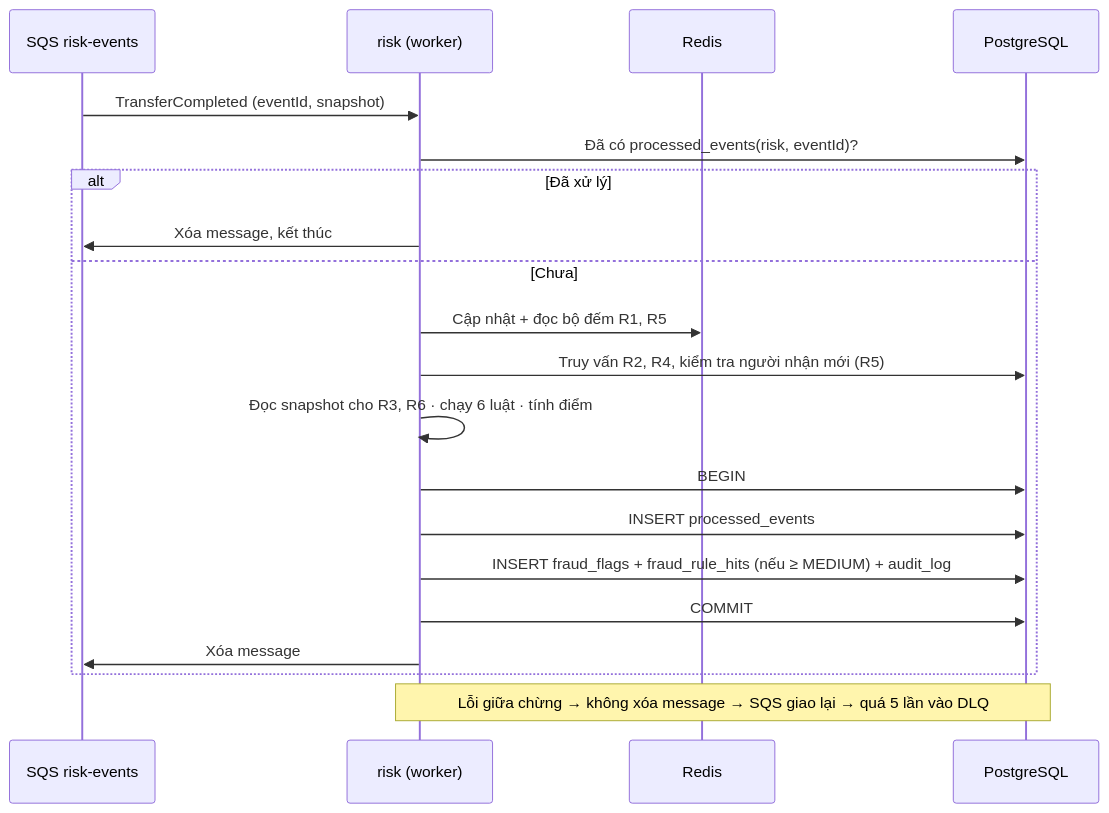
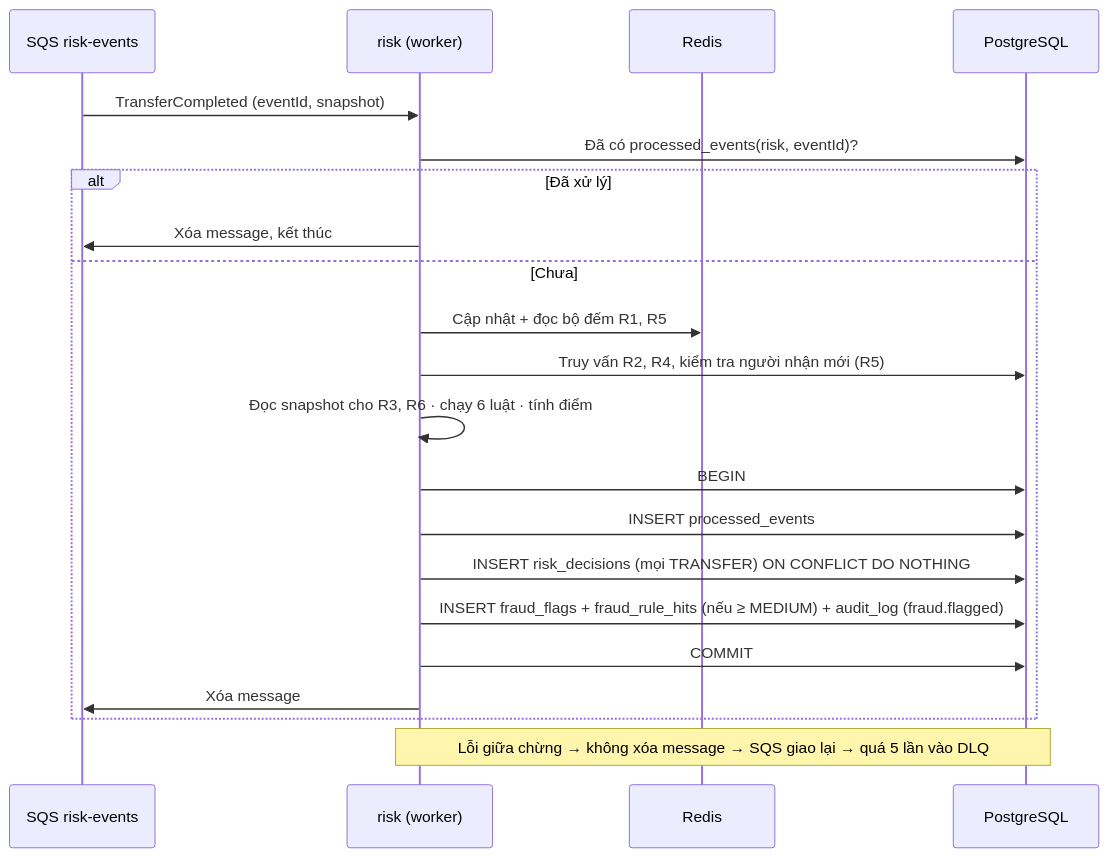
One commit to Lawliet119/digital-banking-simulator changed the third of 4 diagrams in docs/components/risk/FRAUD_DETECTION_GUIDE.md. Above: the diagram before and after it, drawn with Mermaid. The commit also changed other lines of this file and 12 other files, not shown here.

````diff
--- a/docs/components/risk/FRAUD_DETECTION_GUIDE.md
+++ b/docs/components/risk/FRAUD_DETECTION_GUIDE.md
@@ -291,23 +291,24 @@
 ```mermaid
 sequenceDiagram
     participant Q as SQS risk-events
     participant W as risk (worker)
     participant R as Redis
     participant DB as PostgreSQL
 
     Q->>W: TransferCompleted (eventId, snapshot)
     W->>DB: Đã có processed_events(risk, eventId)?
     alt Đã xử lý
         W->>Q: Xóa message, kết thúc
     else Chưa
         W->>R: Cập nhật + đọc bộ đếm R1, R5
         W->>DB: Truy vấn R2, R4, kiểm tra người nhận mới (R5)
         W->>W: Đọc snapshot cho R3, R6 · chạy 6 luật · tính điểm
         W->>DB: BEGIN
         W->>DB: INSERT processed_events
-        W->>DB: INSERT fraud_flags + fraud_rule_hits (nếu ≥ MEDIUM) + audit_log
+        W->>DB: INSERT risk_decisions (mọi TRANSFER) ON CONFLICT DO NOTHING
+        W->>DB: INSERT fraud_flags + fraud_rule_hits (nếu ≥ MEDIUM) + audit_log (fraud.flagged)
         W->>DB: COMMIT
         W->>Q: Xóa message
     end
     Note over W,DB: Lỗi giữa chừng → không xóa message → SQS giao lại → quá 5 lần vào DLQ
 ```
````
